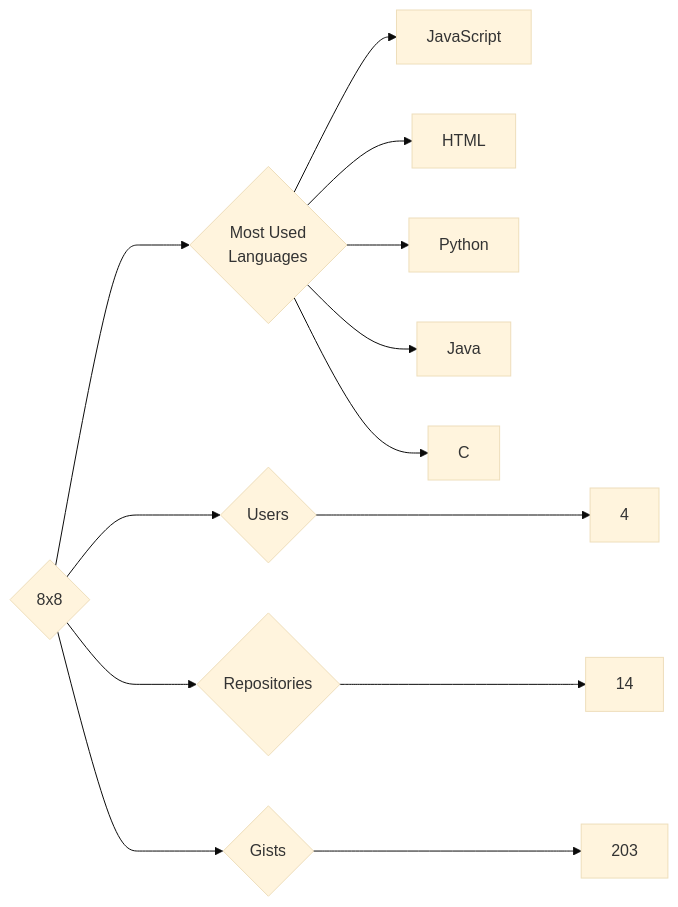
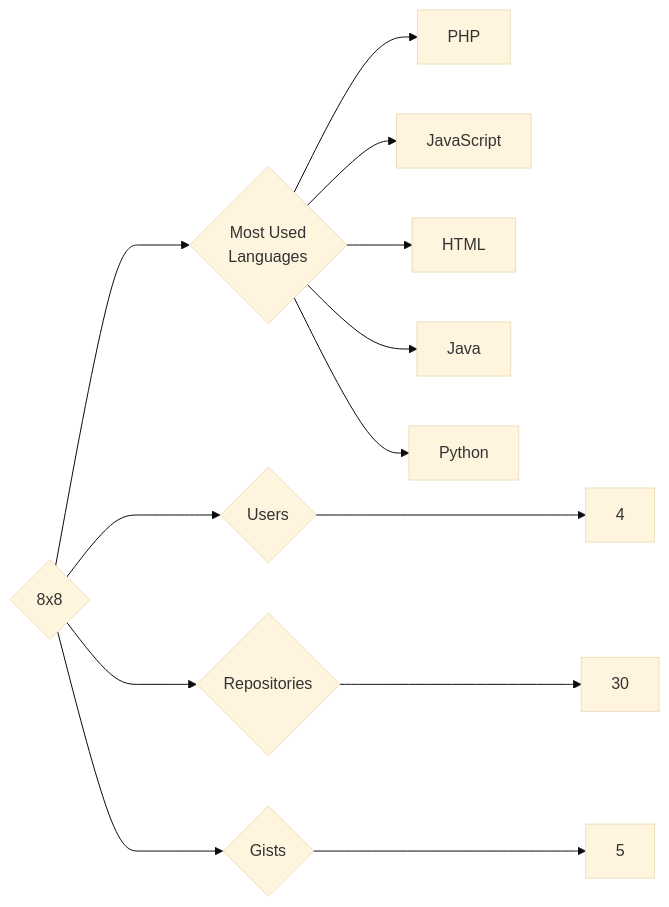
Before and after one commit to trickest/insiders: the diagram in targets/8x8/README.md, drawn with Mermaid (base theme). The commit also changed 1055 other files, not shown here.

````diff
--- a/targets/8x8/README.md
+++ b/targets/8x8/README.md
@@ -3,13 +3,13 @@
 ```mermaid
 graph LR
 COMPANY_NAME{8x8}
 COMPANY_NAME ---> U{Users} ---> UN[4]
-COMPANY_NAME ---> R{Repositories} ---> RN[14]
-COMPANY_NAME ---> G{Gists} ---> GN[203]
+COMPANY_NAME ---> R{Repositories} ---> RN[30]
+COMPANY_NAME ---> G{Gists} ---> GN[5]
 COMPANY_NAME ---> ML{Most Used<br>Languages}
+ML --> PHP[PHP]
 ML --> JavaScript[JavaScript]
 ML --> HTML[HTML]
+ML --> Java[Java]
 ML --> Python[Python]
-ML --> Java[Java]
-ML --> C[C]
 ```
````
